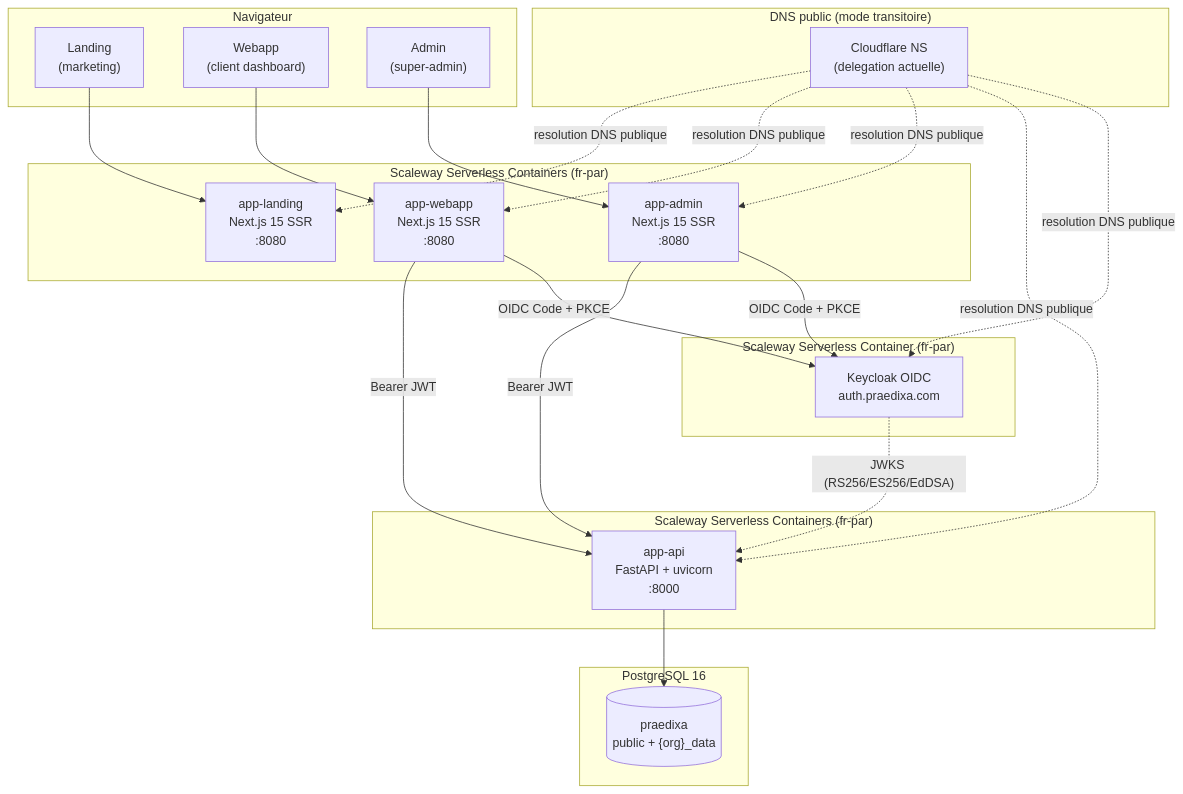
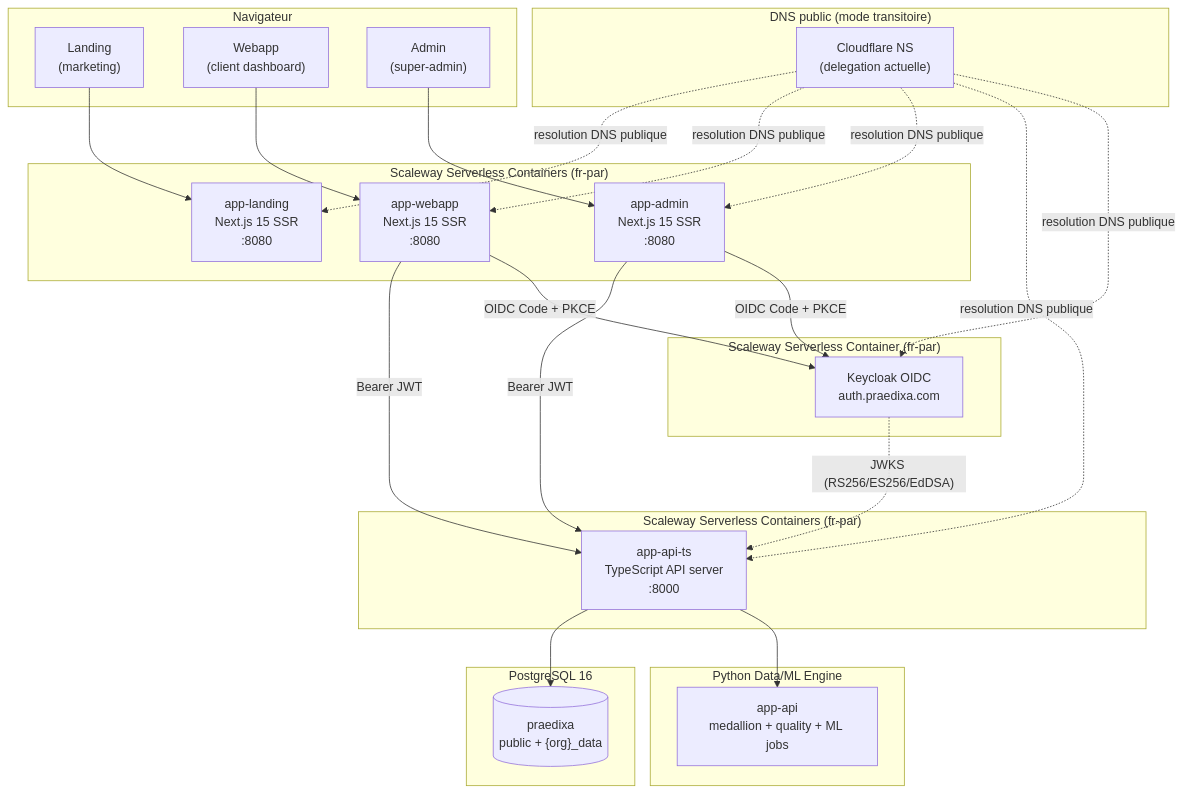
One commit to StevenPvr/Praedixa changed the first of 5 diagrams in docs/ARCHITECTURE.md. Above: the diagram before and after it, drawn with Mermaid. The commit also changed other lines of this file and 350 other files, not shown here.

Commit message:
feat: migrate API to TypeScript and revamp landing architecture

````diff
--- a/docs/ARCHITECTURE.md
+++ b/docs/ARCHITECTURE.md
@@ -7,45 +7,50 @@
 ```mermaid
 graph TB
     subgraph Clients["Navigateur"]
         B1["Landing<br/>(marketing)"]
         B2["Webapp<br/>(client dashboard)"]
         B3["Admin<br/>(super-admin)"]
     end
 
     subgraph DNS["DNS public (mode transitoire)"]
         CFNS["Cloudflare NS<br/>(delegation actuelle)"]
     end
 
     subgraph FE["Scaleway Serverless Containers (fr-par)"]
         L["app-landing<br/>Next.js 15 SSR<br/>:8080"]
         W["app-webapp<br/>Next.js 15 SSR<br/>:8080"]
         A["app-admin<br/>Next.js 15 SSR<br/>:8080"]
     end
 
     subgraph Backend["Scaleway Serverless Containers (fr-par)"]
-        API["app-api<br/>FastAPI + uvicorn<br/>:8000"]
+        API["app-api-ts<br/>TypeScript API server<br/>:8000"]
+    end
+
+    subgraph DataML["Python Data/ML Engine"]
+        DML["app-api<br/>medallion + quality + ML jobs"]
     end
 
     subgraph Auth["Scaleway Serverless Container (fr-par)"]
         KC["Keycloak OIDC<br/>auth.praedixa.com"]
     end
 
     subgraph Data["PostgreSQL 16"]
         PG[("praedixa<br/>public + {org}_data")]
     end
 
     B1 --> L
     B2 --> W
     B3 --> A
     CFNS -. "resolution DNS publique" .-> L
     CFNS -. "resolution DNS publique" .-> W
     CFNS -. "resolution DNS publique" .-> A
     CFNS -. "resolution DNS publique" .-> API
     CFNS -. "resolution DNS publique" .-> KC
     W -- "Bearer JWT" --> API
     A -- "Bearer JWT" --> API
     API --> PG
+    API --> DML
     W -- "OIDC Code + PKCE" --> KC
     A -- "OIDC Code + PKCE" --> KC
     KC -. "JWKS (RS256/ES256/EdDSA)" .-> API
 ```
````
